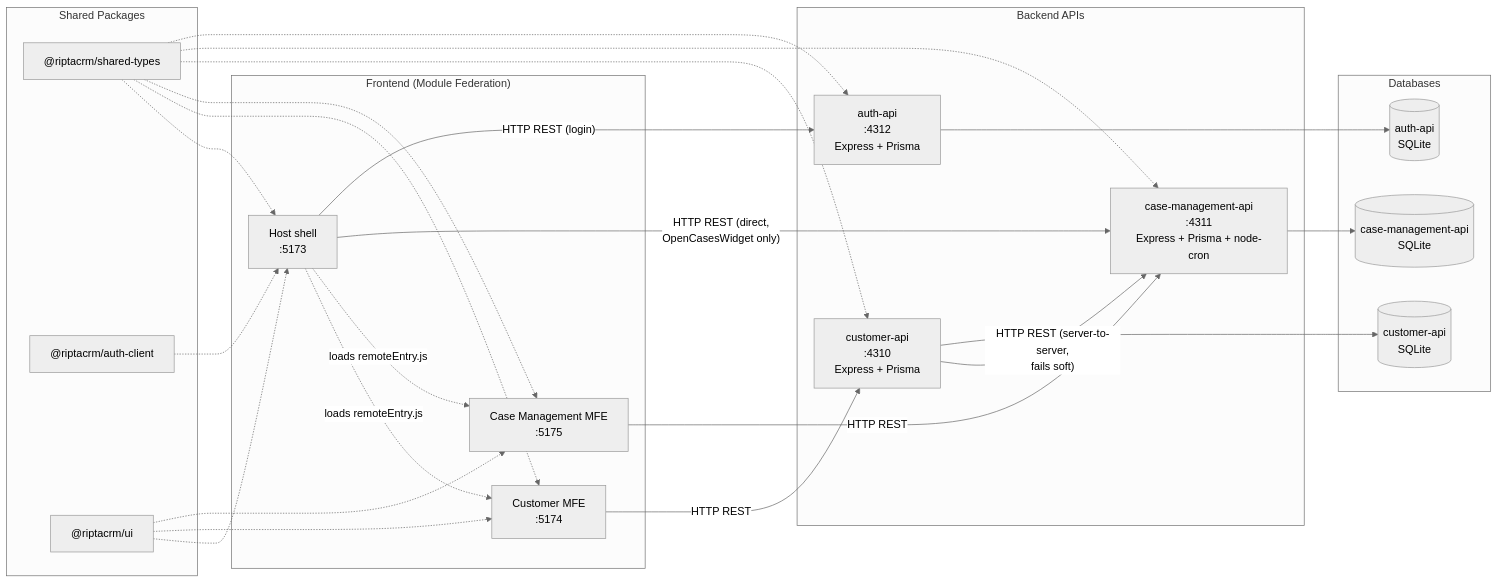
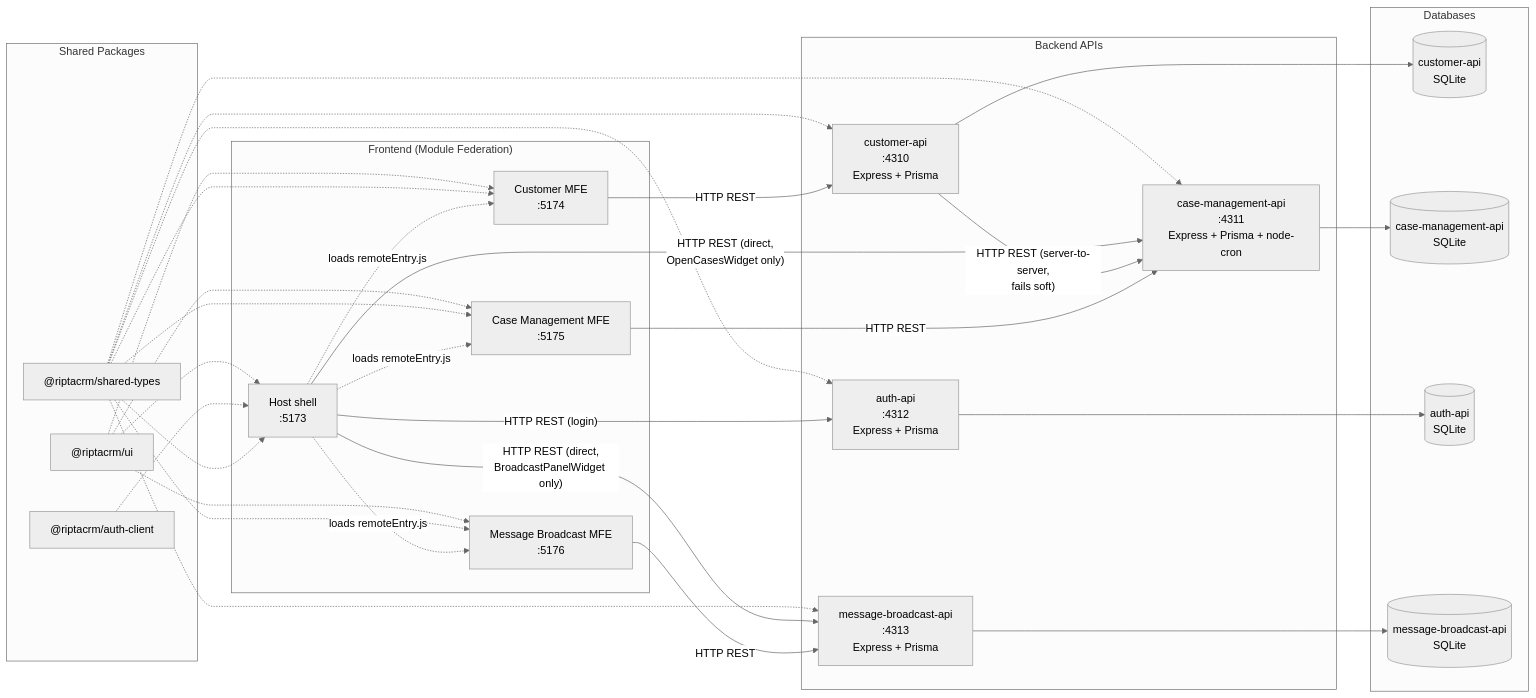
The diagram in docs/architecture.md (ripta101/RiptaCRM), drawn with Mermaid (neutral theme) before and after one commit. The commit also changed other lines of this file and 55 other files, not shown here.

First line of the commit message:
Add Message Broadcast module

````diff
--- a/docs/architecture.md
+++ b/docs/architecture.md
@@ -5,50 +5,60 @@
 ```mermaid
 graph LR
     subgraph Frontend["Frontend (Module Federation)"]
         Host["Host shell<br/>:5173"]
         CustomerMFE["Customer MFE<br/>:5174"]
         CaseMFE["Case Management MFE<br/>:5175"]
+        BroadcastMFE["Message Broadcast MFE<br/>:5176"]
     end
 
     subgraph Backend["Backend APIs"]
         CustomerAPI["customer-api<br/>:4310<br/>Express + Prisma"]
         CaseAPI["case-management-api<br/>:4311<br/>Express + Prisma + node-cron"]
         AuthAPI["auth-api<br/>:4312<br/>Express + Prisma"]
+        BroadcastAPI["message-broadcast-api<br/>:4313<br/>Express + Prisma"]
     end
 
     subgraph Data["Databases"]
         CustomerDB[("customer-api<br/>SQLite")]
         CaseDB[("case-management-api<br/>SQLite")]
         AuthDB[("auth-api<br/>SQLite")]
+        BroadcastDB[("message-broadcast-api<br/>SQLite")]
     end
 
     subgraph Shared["Shared Packages"]
         Types["@riptacrm/shared-types"]
         Auth["@riptacrm/auth-client"]
         UI["@riptacrm/ui"]
     end
 
     Host -. "loads remoteEntry.js" .-> CustomerMFE
     Host -. "loads remoteEntry.js" .-> CaseMFE
+    Host -. "loads remoteEntry.js" .-> BroadcastMFE
 
     CustomerMFE -- "HTTP REST" --> CustomerAPI
     CaseMFE -- "HTTP REST" --> CaseAPI
+    BroadcastMFE -- "HTTP REST" --> BroadcastAPI
     CustomerAPI -- "HTTP REST (server-to-server,<br/>fails soft)" --> CaseAPI
     Host -- "HTTP REST (direct,<br/>OpenCasesWidget only)" --> CaseAPI
     Host -- "HTTP REST (login)" --> AuthAPI
+    Host -- "HTTP REST (direct,<br/>BroadcastPanelWidget only)" --> BroadcastAPI
 
     CustomerAPI --> CustomerDB
     CaseAPI --> CaseDB
     AuthAPI --> AuthDB
+    BroadcastAPI --> BroadcastDB
 
     Types -.-> Host
     Types -.-> CustomerMFE
     Types -.-> CaseMFE
+    Types -.-> BroadcastMFE
     Types -.-> CustomerAPI
     Types -.-> CaseAPI
     Types -.-> AuthAPI
+    Types -.-> BroadcastAPI
     Auth -.-> Host
     UI -.-> Host
     UI -.-> CustomerMFE
     UI -.-> CaseMFE
+    UI -.-> BroadcastMFE
 ```
````
